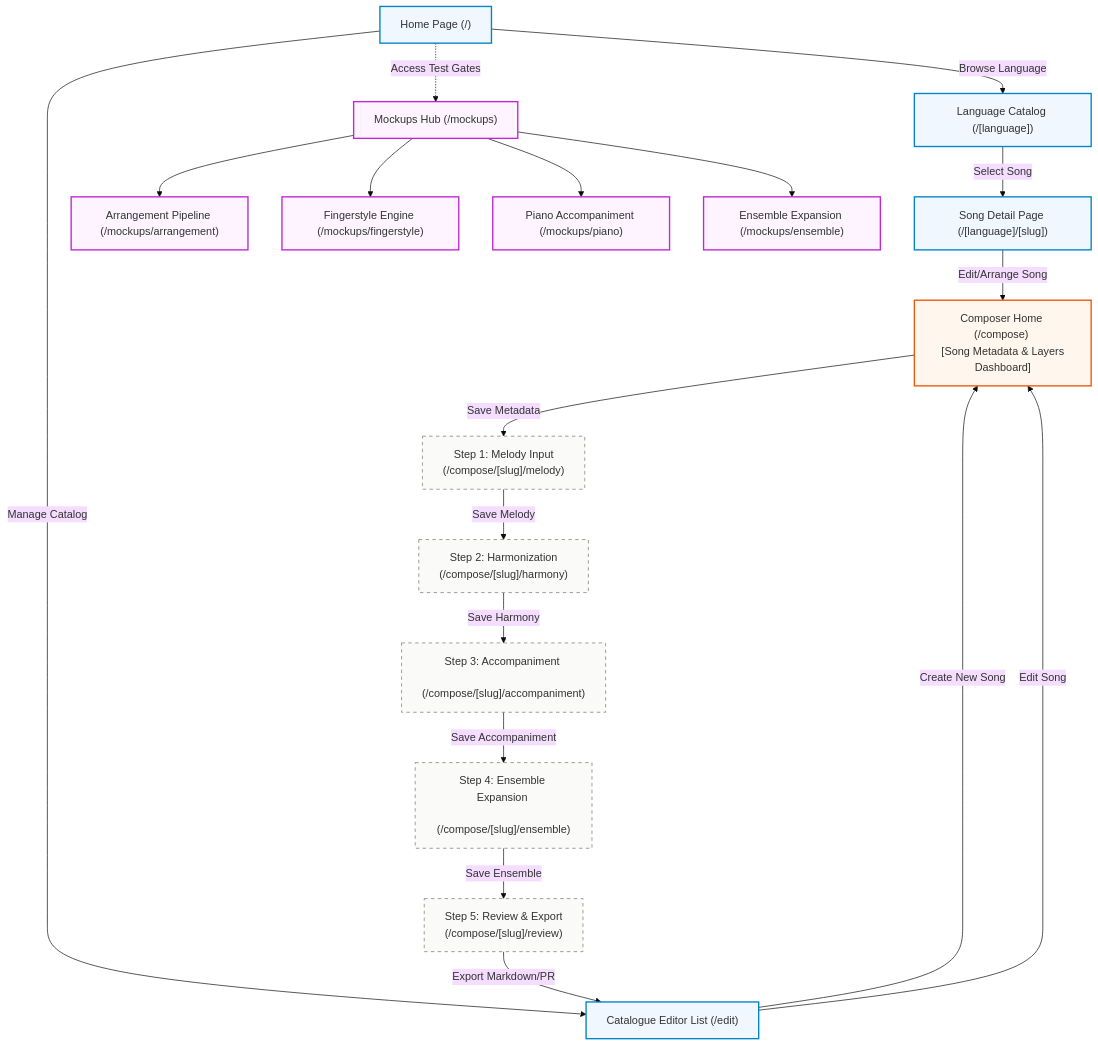
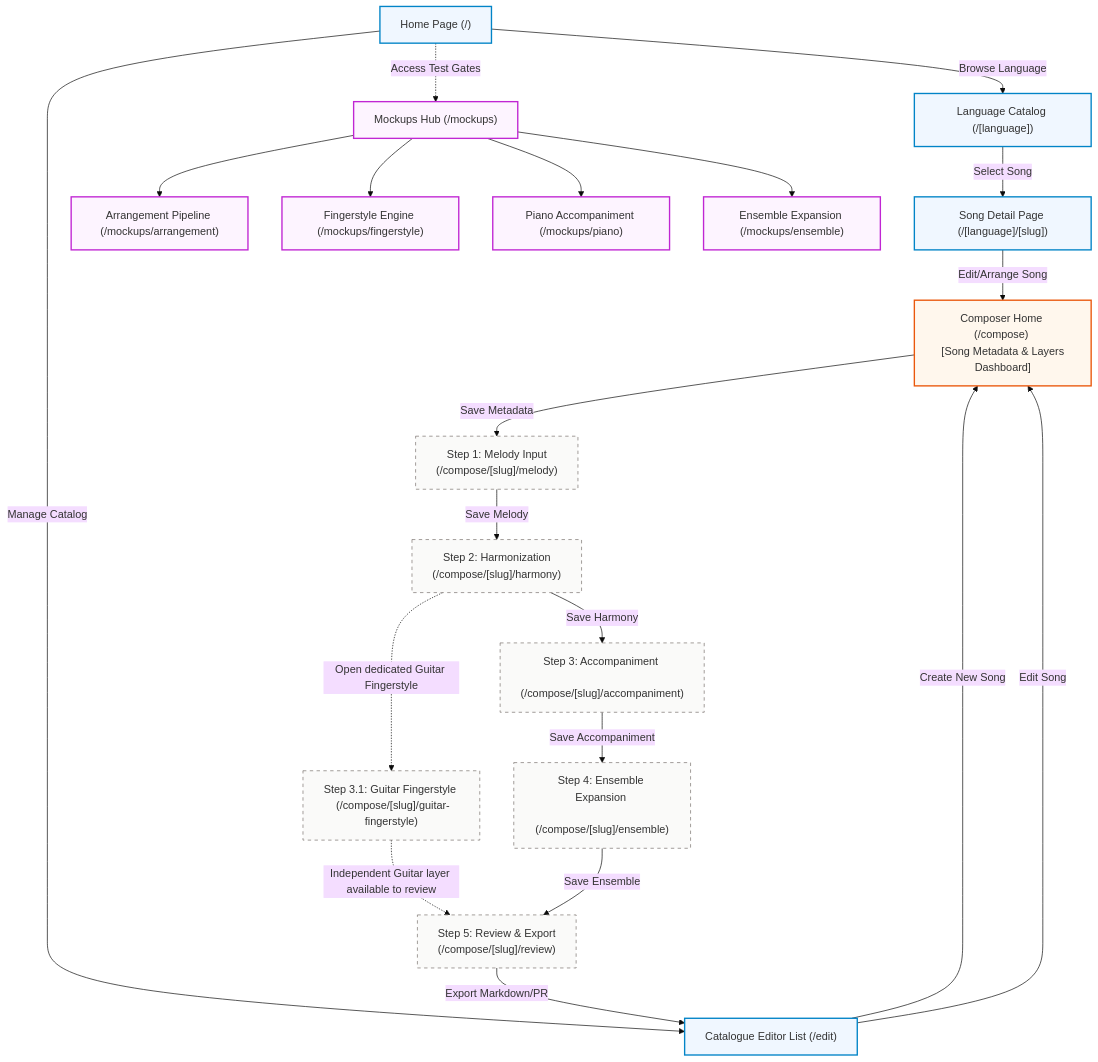
The first of 4 diagrams in docs/UI.md (duyhunghd6/bhajan-song-composer), drawn with Mermaid (base theme) before and after one commit. The commit also changed other lines of this file and 24 other files, not shown here.

````diff
--- a/docs/UI.md
+++ b/docs/UI.md
@@ -13,54 +13,57 @@
 ```mermaid
 graph TD
     %% Playback Hub Nodes
     Home["Home Page (/)"]
     Catalog["Language Catalog (/[language])"]
     SongDetail["Song Detail Page (/[language]/[slug])"]
     EditList["Catalogue Editor List (/edit)"]
 
     %% Mockup / PoC Gates Nodes
     MockupHub["Mockups Hub (/mockups)"]
     MockArrangement["Arrangement Pipeline (/mockups/arrangement)"]
     MockFingerstyle["Fingerstyle Engine (/mockups/fingerstyle)"]
     MockPiano["Piano Accompaniment (/mockups/piano)"]
     MockEnsemble["Ensemble Expansion (/mockups/ensemble)"]
 
     %% Composer Workstation Nodes (The 5 Child-UIs)
     ComposeGeneral["Composer Home (/compose) <br> [Song Metadata & Layers Dashboard]"]
     ComposeMelody["Step 1: Melody Input <br> (/compose/[slug]/melody)"]
     ComposeHarmony["Step 2: Harmonization <br> (/compose/[slug]/harmony)"]
     ComposeAccomp["Step 3: Accompaniment <br> (/compose/[slug]/accompaniment)"]
+    ComposeFingerstyle["Step 3.1: Guitar Fingerstyle <br> (/compose/[slug]/guitar-fingerstyle)"]
     ComposeEnsemble["Step 4: Ensemble Expansion <br> (/compose/[slug]/ensemble)"]
     ComposeReview["Step 5: Review & Export <br> (/compose/[slug]/review)"]
 
     %% Navigation Paths
     Home -->|Browse Language| Catalog
     Catalog -->|Select Song| SongDetail
     Home -->|Manage Catalog| EditList
     EditList -->|Create New Song| ComposeGeneral
     EditList -->|Edit Song| ComposeGeneral
     SongDetail -->|Edit/Arrange Song| ComposeGeneral
     Home -.->|Access Test Gates| MockupHub
 
     MockupHub --> MockArrangement & MockFingerstyle & MockPiano & MockEnsemble
 
     %% Composer Workstation Flow (Step-by-step Subpages)
     ComposeGeneral -->|Save Metadata| ComposeMelody
     ComposeMelody -->|Save Melody| ComposeHarmony
     ComposeHarmony -->|Save Harmony| ComposeAccomp
+    ComposeHarmony -.->|Open dedicated Guitar Fingerstyle| ComposeFingerstyle
     ComposeAccomp -->|Save Accompaniment| ComposeEnsemble
+    ComposeFingerstyle -.->|Independent Guitar layer available to review| ComposeReview
     ComposeEnsemble -->|Save Ensemble| ComposeReview
     ComposeReview -->|Export Markdown/PR| EditList
 
     %% Define Styles
     classDef hub fill:#f0f7ff,stroke:#0284c7,stroke-width:2px;
     classDef composer fill:#fff7ed,stroke:#ea580c,stroke-width:2px;
     classDef step fill:#fafaf9,stroke:#78716c,stroke-dasharray: 5 5;
     classDef mockup fill:#fdf4ff,stroke:#c026d3,stroke-width:2px;
 
     %% Apply Styles
     class Home,Catalog,SongDetail,EditList hub;
     class ComposeGeneral composer;
-    class ComposeMelody,ComposeHarmony,ComposeAccomp,ComposeEnsemble,ComposeReview step;
+    class ComposeMelody,ComposeHarmony,ComposeAccomp,ComposeFingerstyle,ComposeEnsemble,ComposeReview step;
     class MockupHub,MockArrangement,MockFingerstyle,MockPiano,MockEnsemble mockup;
 ```
````
